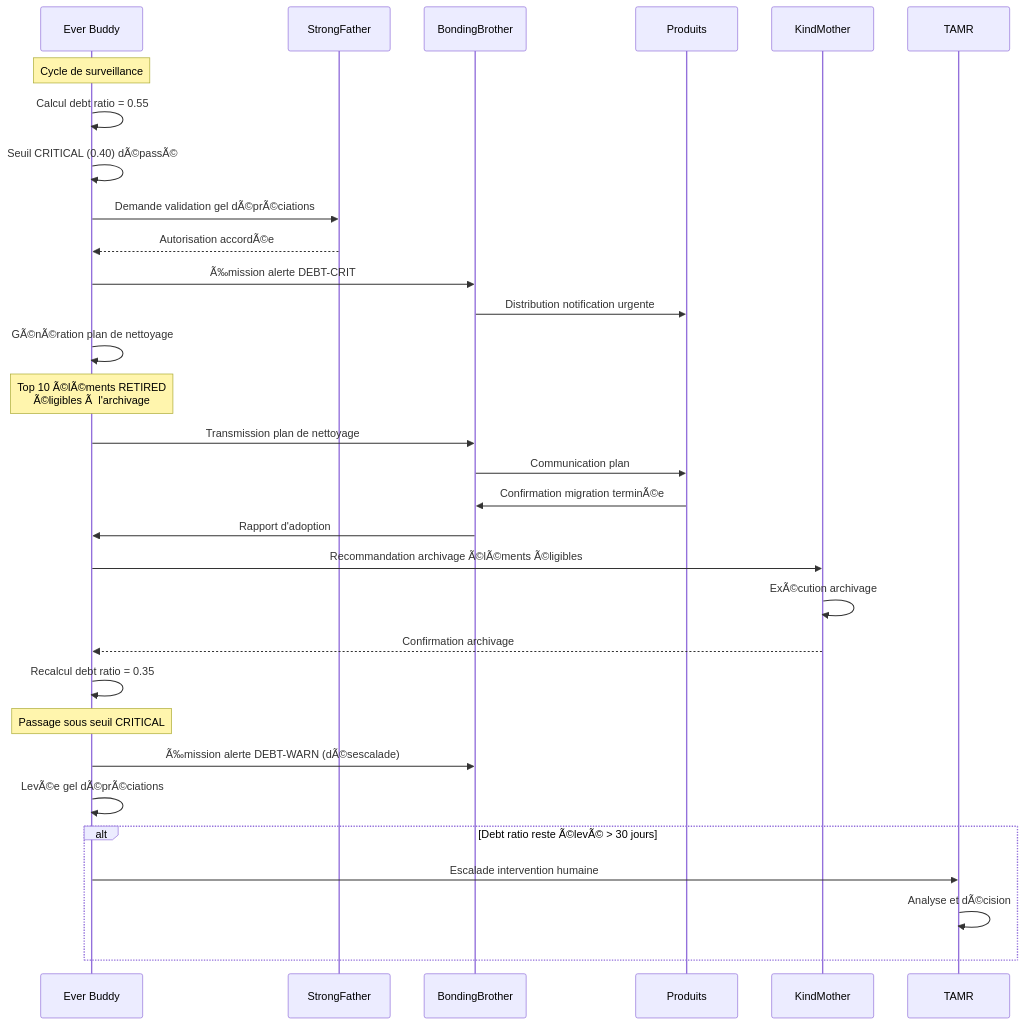
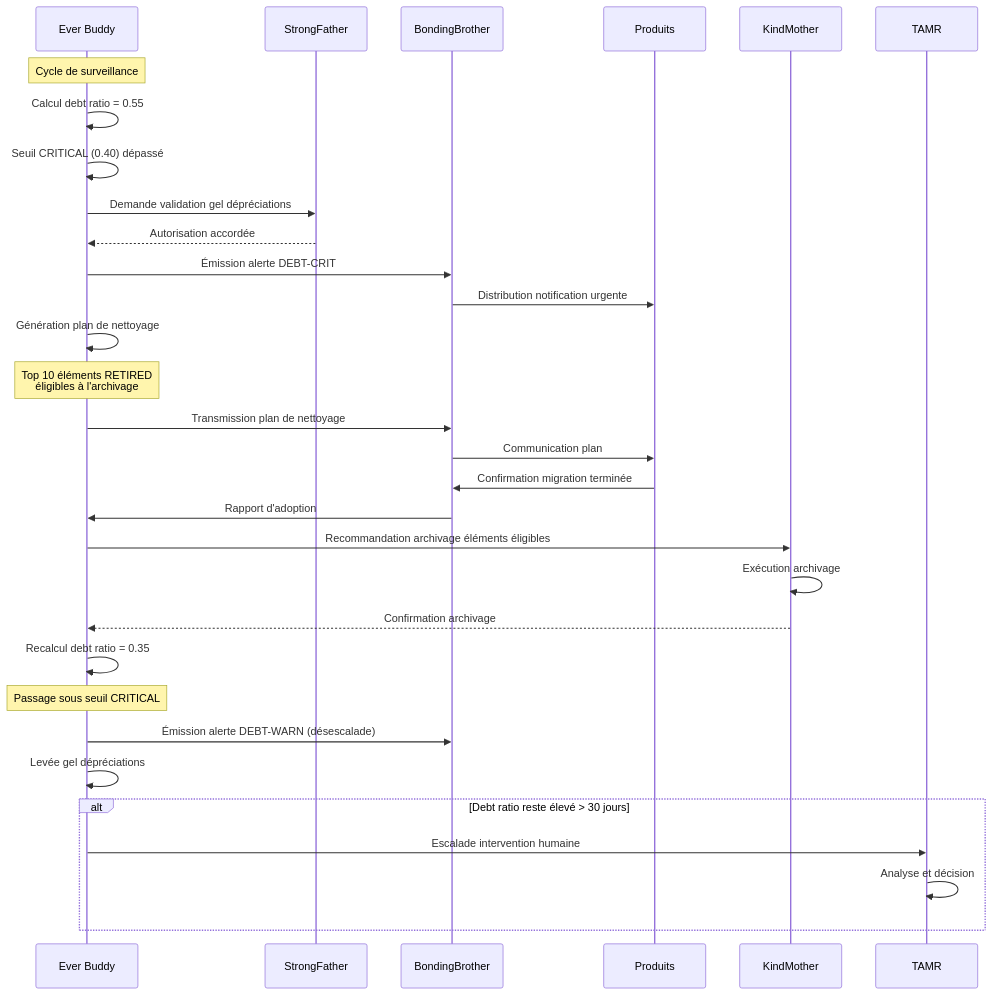
Before and after one commit to StudioMiyukini/miyukini_cog: the third of 3 diagrams in docs/cores/EverBuddy/contracts/observability/Ever Buddy - Debt Tracking Contract.md, drawn with Mermaid. The commit also changed other lines of this file and 564 other files, not shown here.

````diff
--- a/docs/cores/EverBuddy/contracts/observability/Ever Buddy - Debt Tracking Contract.md
+++ b/docs/cores/EverBuddy/contracts/observability/Ever Buddy - Debt Tracking Contract.md
@@ -406,43 +406,43 @@
 ```mermaid
 sequenceDiagram
     participant EB as Ever Buddy
     participant SF as StrongFather
     participant BB as BondingBrother
     participant PROD as Produits
     participant KM as KindMother
     participant TAMR as TAMR
     
     Note over EB: Cycle de surveillance
     EB->>EB: Calcul debt ratio = 0.55
-    EB->>EB: Seuil CRITICAL (0.40) dÃ©passÃ©
+    EB->>EB: Seuil CRITICAL (0.40) dépassé
     
-    EB->>SF: Demande validation gel dÃ©prÃ©ciations
-    SF-->>EB: Autorisation accordÃ©e
+    EB->>SF: Demande validation gel dépréciations
+    SF-->>EB: Autorisation accordée
     
-    EB->>BB: Ã‰mission alerte DEBT-CRIT
+    EB->>BB: Émission alerte DEBT-CRIT
     BB->>PROD: Distribution notification urgente
     
-    EB->>EB: GÃ©nÃ©ration plan de nettoyage
-    Note over EB: Top 10 Ã©lÃ©ments RETIRED<br/>Ã©ligibles Ã  l'archivage
+    EB->>EB: Génération plan de nettoyage
+    Note over EB: Top 10 éléments RETIRED<br/>éligibles à l'archivage
     
     EB->>BB: Transmission plan de nettoyage
     BB->>PROD: Communication plan
     
-    PROD->>BB: Confirmation migration terminÃ©e
+    PROD->>BB: Confirmation migration terminée
     BB->>EB: Rapport d'adoption
     
-    EB->>KM: Recommandation archivage Ã©lÃ©ments Ã©ligibles
-    KM->>KM: ExÃ©cution archivage
+    EB->>KM: Recommandation archivage éléments éligibles
+    KM->>KM: Exécution archivage
     KM-->>EB: Confirmation archivage
     
     EB->>EB: Recalcul debt ratio = 0.35
     Note over EB: Passage sous seuil CRITICAL
     
-    EB->>BB: Ã‰mission alerte DEBT-WARN (dÃ©sescalade)
-    EB->>EB: LevÃ©e gel dÃ©prÃ©ciations
+    EB->>BB: Émission alerte DEBT-WARN (désescalade)
+    EB->>EB: Levée gel dépréciations
     
-    alt Debt ratio reste Ã©levÃ© > 30 jours
+    alt Debt ratio reste élevé > 30 jours
         EB->>TAMR: Escalade intervention humaine
-        TAMR->>TAMR: Analyse et dÃ©cision
+        TAMR->>TAMR: Analyse et décision
     end
 ```
````
